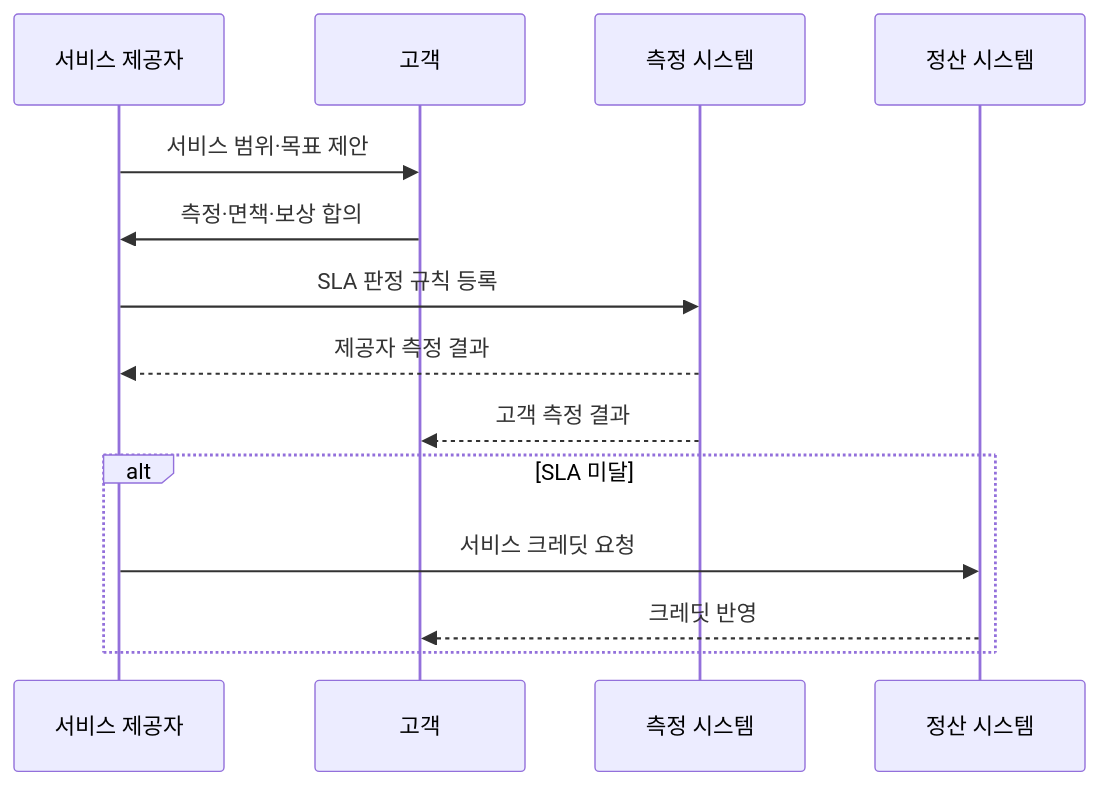
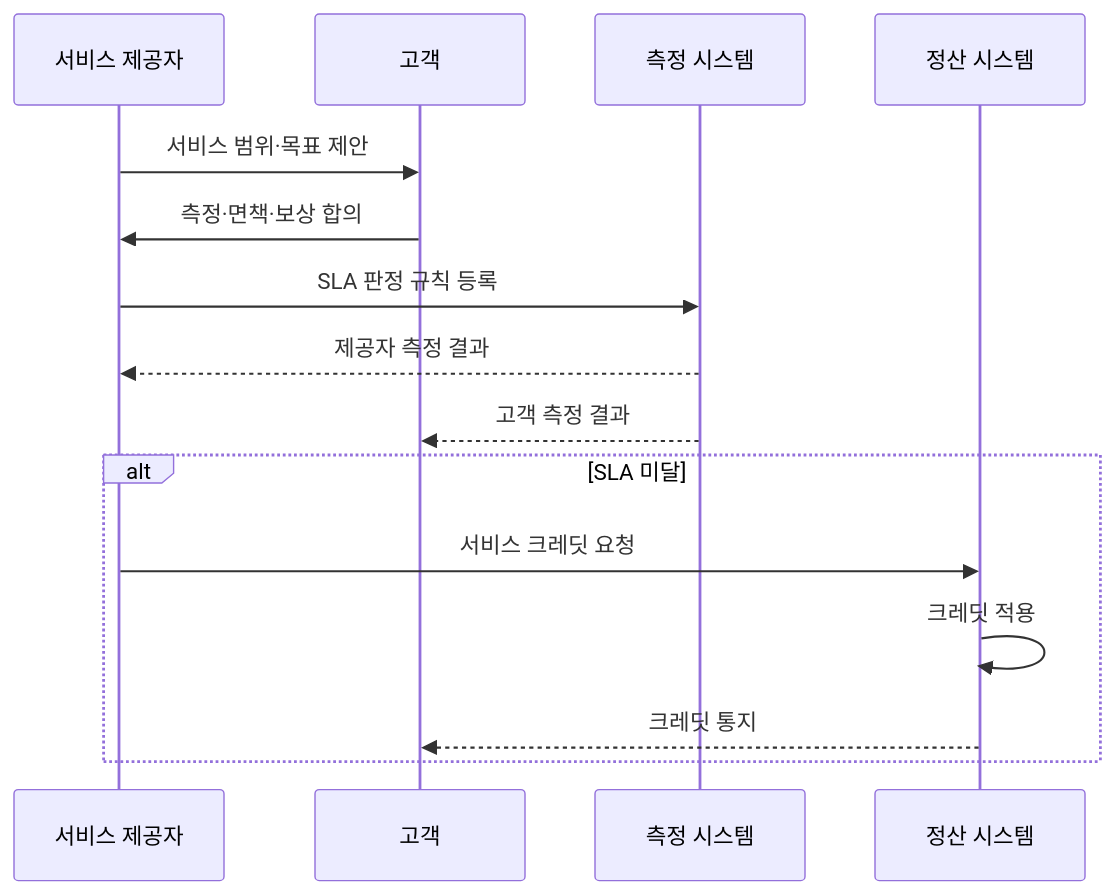
The second of 2 diagrams in src/content/docs/notes/06-evaluation/014_service_level_agreement.md (agnusdei1207/knowledge-base), drawn with Mermaid before and after one commit. The commit also changed other lines of this file and 27 other files, not shown here.

````diff
--- a/src/content/docs/notes/06-evaluation/014_service_level_agreement.md
+++ b/src/content/docs/notes/06-evaluation/014_service_level_agreement.md
@@ -75,16 +75,17 @@
 ```mermaid
 sequenceDiagram
     participant P as 서비스 제공자
     participant C as 고객
     participant M as 측정 시스템
     participant S as 정산 시스템
     P->>C: 서비스 범위·목표 제안
     C->>P: 측정·면책·보상 합의
     P->>M: SLA 판정 규칙 등록
     M-->>P: 제공자 측정 결과
     M-->>C: 고객 측정 결과
     alt SLA 미달
         P->>S: 서비스 크레딧 요청
-        S-->>C: 크레딧 반영
+        S->>S: 크레딧 적용
+        S-->>C: 크레딧 통지
     end
 ```
````
